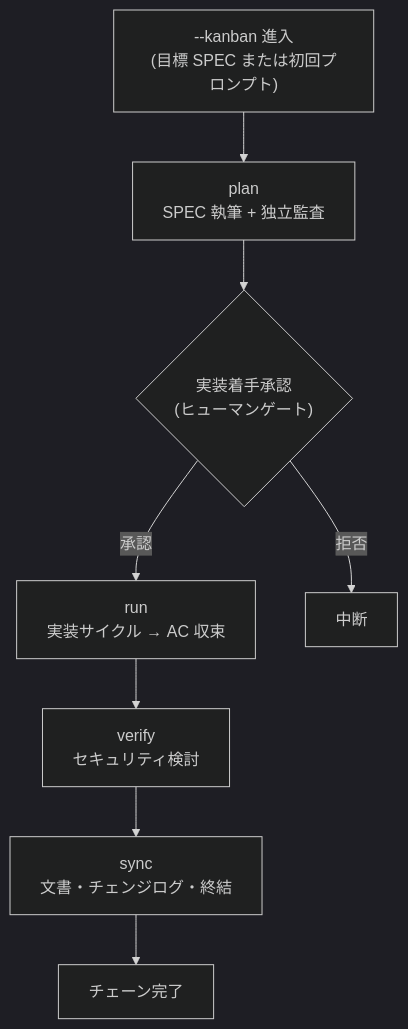
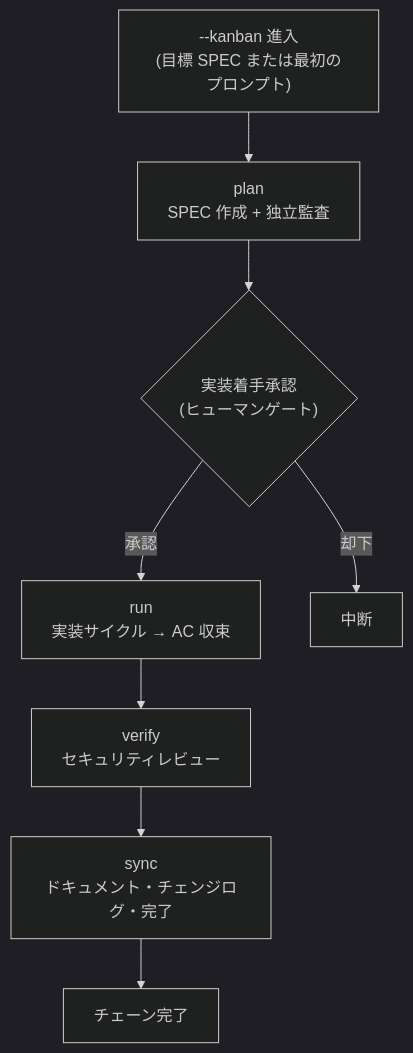
The second of 2 diagrams in docs-site/content/ja/advanced/kanban-mode.md (modu-ai/moai-adk), drawn with Mermaid (dark theme) before and after one commit. The commit also changed other lines of this file and 2 other files, not shown here.

First line of the commit message:
docs(docs-site): derive kanban-mode en/ja/zh from Korean canonical

````diff
--- a/docs-site/content/ja/advanced/kanban-mode.md
+++ b/docs-site/content/ja/advanced/kanban-mode.md
@@ -170,10 +186,10 @@
 ```mermaid
 flowchart TD
-    Entry["--kanban 進入<br/>(目標 SPEC または初回プロンプト)"] --> Plan["plan<br/>SPEC 執筆 + 独立監査"]
+    Entry["--kanban 進入<br/>(目標 SPEC または最初のプロンプト)"] --> Plan["plan<br/>SPEC 作成 + 独立監査"]
     Plan --> Gate1{"実装着手承認<br/>(ヒューマンゲート)"}
     Gate1 -->|"承認"| Run["run<br/>実装サイクル → AC 収束"]
-    Gate1 -->|"拒否"| Stop1["中断"]
-    Run --> Verify["verify<br/>セキュリティ検討"]
-    Verify --> Sync["sync<br/>文書・チェンジログ・終結"]
+    Gate1 -->|"却下"| Stop1["中断"]
+    Run --> Verify["verify<br/>セキュリティレビュー"]
+    Verify --> Sync["sync<br/>ドキュメント・チェンジログ・完了"]
     Sync --> Done["チェーン完了"]
 ```
````
